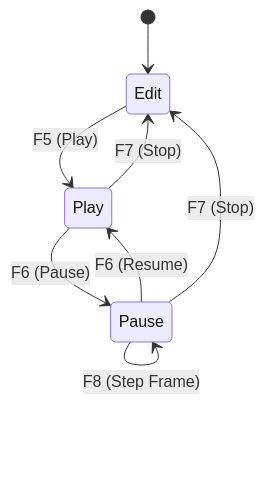
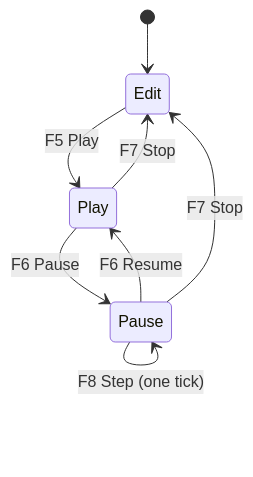
One commit to Silmaen/Owl changed the second of 5 diagrams in doc/pages/editor.md. Above: the diagram before and after it, drawn with Mermaid. The commit also changed other lines of this file and 52 other files, not shown here.

````diff
--- a/doc/pages/editor.md
+++ b/doc/pages/editor.md
@@ -27,10 +661,10 @@
 ```mermaid
 stateDiagram-v2
     [*] --> Edit
-    Edit --> Play : F5 (Play)
-    Play --> Pause : F6 (Pause)
-    Pause --> Play : F6 (Resume)
-    Play --> Edit : F7 (Stop)
-    Pause --> Edit : F7 (Stop)
-    Pause --> Pause : F8 (Step Frame)
+    Edit --> Play : F5 Play
+    Play --> Pause : F6 Pause
+    Pause --> Play : F6 Resume
+    Play --> Edit : F7 Stop
+    Pause --> Edit : F7 Stop
+    Pause --> Pause : F8 Step (one tick)
 ```
````
